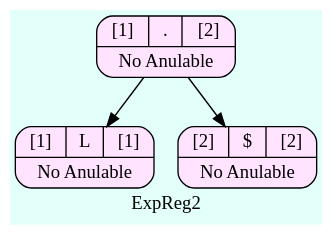
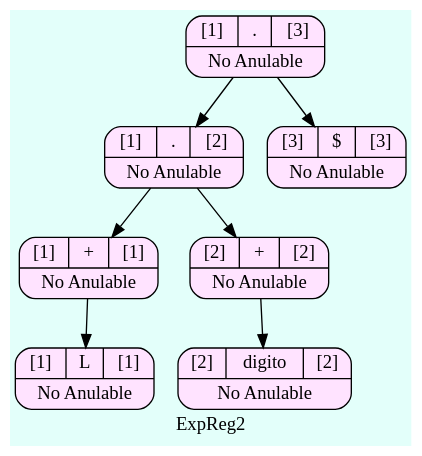
Before and after one commit to SergieArizandieta/OLC1-P1-202000119: the diagram in ARBOLES_202000119/Arbol_ExpReg2.dot, drawn with Graphviz. The commit also changed 11 other files, not shown here.

```diff
--- a/ARBOLES_202000119/Arbol_ExpReg2.dot
+++ b/ARBOLES_202000119/Arbol_ExpReg2.dot
@@ -1,11 +1,19 @@
 digraph structs {
   bgcolor = "#E3FFFA"
    node [shape=Mrecord fillcolor="#FFE3FF" style =filled];
 label ="ExpReg2"
-    struct1394938217    [label="{{[1]|<here>.|[2]}|No Anulable}"];
-    struct1394938217-> struct2005440411
-    struct2005440411    [label="{{[1]|<here>L|[1]}|No Anulable}"];
-    struct1394938217-> struct574008405
-    struct574008405    [label="{{[2]|<here>$|[2]}|No Anulable}"];
+    struct1278156727    [label="{{[1]|<here>.|[3]}|No Anulable}"];
+    struct1278156727-> struct125036622
+    struct125036622    [label="{{[1]|<here>.|[2]}|No Anulable}"];
+    struct125036622-> struct187974843
+    struct187974843    [label="{{[1]|<here>+|[1]}|No Anulable}"];
+    struct187974843-> struct749950723
+    struct749950723    [label="{{[1]|<here>L|[1]}|No Anulable}"];
+    struct125036622-> struct408237957
+    struct408237957    [label="{{[2]|<here>+|[2]}|No Anulable}"];
+    struct408237957-> struct16551257
+    struct16551257    [label="{{[2]|<here>digito|[2]}|No Anulable}"];
+    struct1278156727-> struct692322401
+    struct692322401    [label="{{[3]|<here>$|[3]}|No Anulable}"];
 
 }
```
